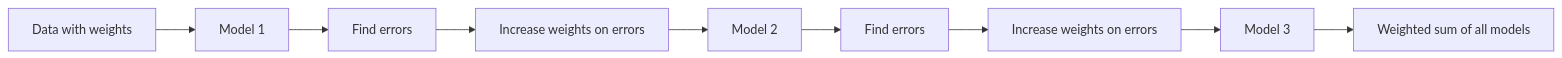
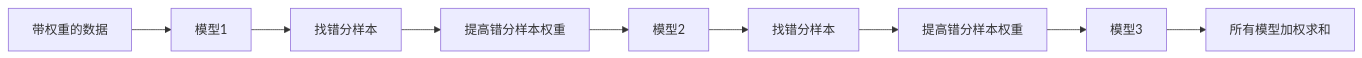
One commit to omigaZen/ai-engineering-from-scratch changed the second of 3 diagrams in phases/02-ml-fundamentals/11-ensemble-methods/docs/zh.md. Above: the diagram before and after it, drawn with Mermaid. The commit also changed other lines of this file, not shown here.

````diff
--- a/phases/02-ml-fundamentals/11-ensemble-methods/docs/zh.md
+++ b/phases/02-ml-fundamentals/11-ensemble-methods/docs/zh.md
@@ -96,11 +76,11 @@
 ```mermaid
 flowchart LR
-    D[Data with weights] --> M1[Model 1]
-    M1 --> E1[Find errors]
-    E1 --> W1[Increase weights on errors]
-    W1 --> M2[Model 2]
-    M2 --> E2[Find errors]
-    E2 --> W2[Increase weights on errors]
-    W2 --> M3[Model 3]
-    M3 --> F[Weighted sum of all models]
+    D[带权重的数据] --> M1[模型1]
+    M1 --> E1[找错分样本]
+    E1 --> W1[提高错分样本权重]
+    W1 --> M2[模型2]
+    M2 --> E2[找错分样本]
+    E2 --> W2[提高错分样本权重]
+    W2 --> M3[模型3]
+    M3 --> F[所有模型加权求和]
 ```
````
